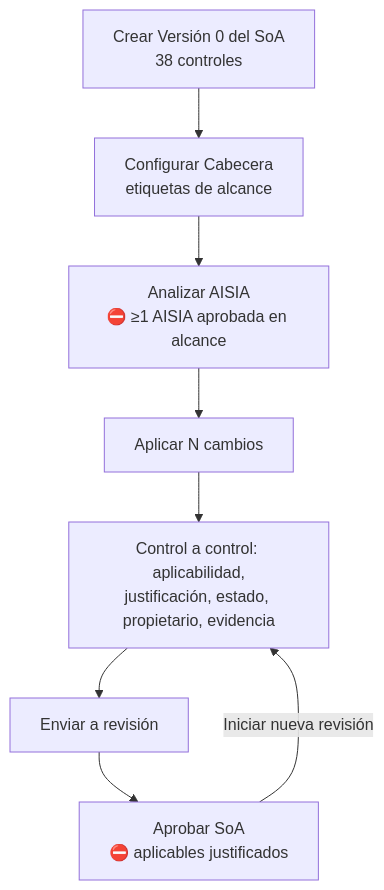
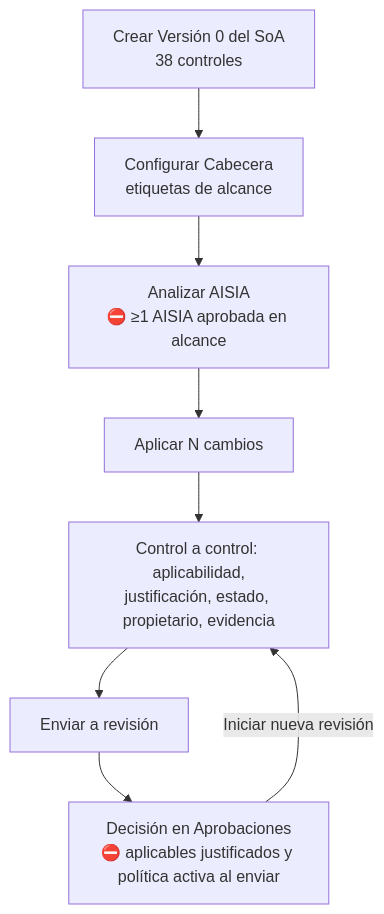
One commit to albarracingarciap/fluxion-saas changed the ninth of 9 diagrams in docs/funcional/flujo-completo-evaluacion.md. Above: the diagram before and after it, drawn with Mermaid. The commit also changed other lines of this file and 37 other files, not shown here.

````diff
--- a/docs/funcional/flujo-completo-evaluacion.md
+++ b/docs/funcional/flujo-completo-evaluacion.md
@@ -788,10 +794,10 @@
 ```mermaid
 flowchart TD
   A[Crear Versión 0 del SoA<br/>38 controles] --> B[Configurar Cabecera<br/>etiquetas de alcance]
   B --> C[Analizar AISIA<br/>⛔ ≥1 AISIA aprobada en alcance]
   C --> D[Aplicar N cambios]
   D --> E[Control a control: aplicabilidad,<br/>justificación, estado, propietario, evidencia]
   E --> F[Enviar a revisión]
-  F --> G[Aprobar SoA<br/>⛔ aplicables justificados]
+  F --> G[Decisión en Aprobaciones<br/>⛔ aplicables justificados y política activa al enviar]
   G -->|Iniciar nueva revisión| E
 ```
````
